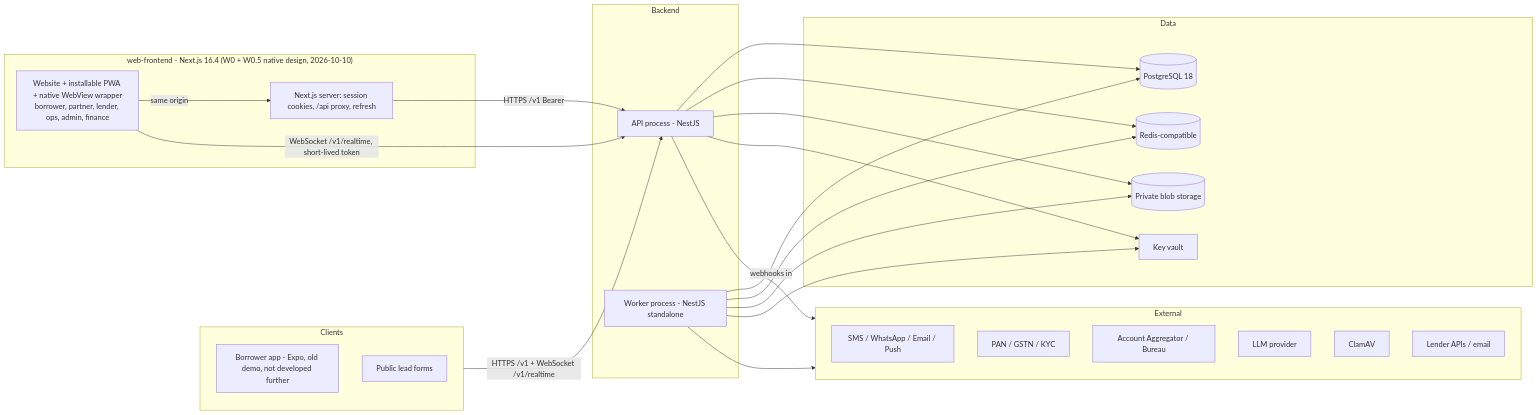
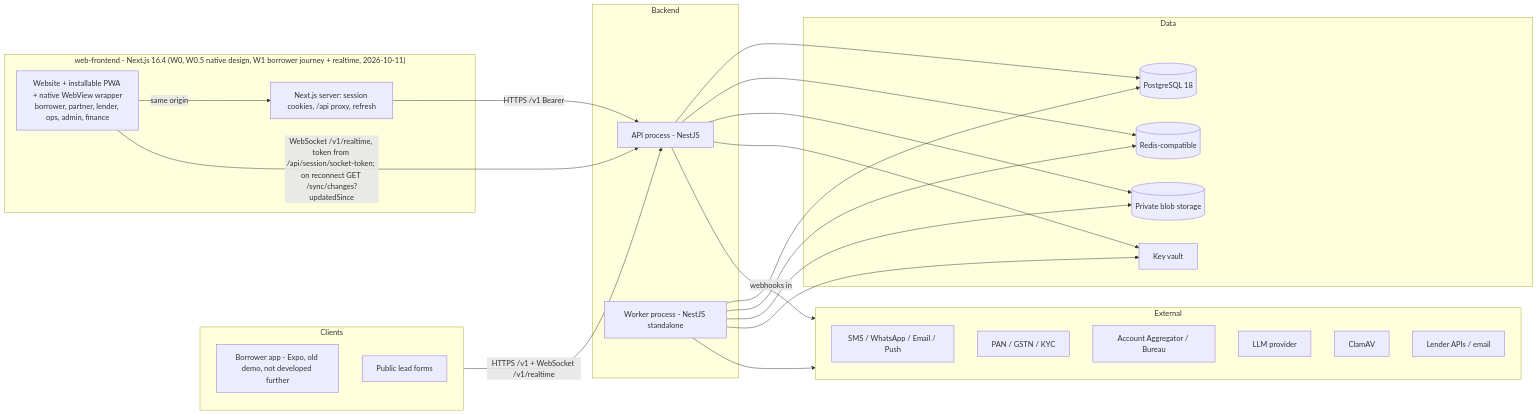
One commit to Shaikhfaruk/fundenflo changed the first of 16 diagrams in docs/ARCHITECTURE.md. Above: the diagram before and after it, drawn with Mermaid. The commit also changed 81 other files, not shown here.

````diff
--- a/docs/ARCHITECTURE.md
+++ b/docs/ARCHITECTURE.md
@@ -23,43 +23,43 @@
 ```mermaid
 flowchart LR
   subgraph Clients
     APP[Borrower app - Expo, old demo, not developed further]
     PUB[Public lead forms]
   end
-  subgraph Web["web-frontend - Next.js 16.4 (W0 + W0.5 native design, 2026-10-10)"]
+  subgraph Web["web-frontend - Next.js 16.4 (W0, W0.5 native design, W1 borrower journey + realtime, 2026-10-11)"]
     UI[Website + installable PWA + native WebView wrapper<br/>borrower, partner, lender, ops, admin, finance]
     BFF[Next.js server: session cookies, /api proxy, refresh]
   end
   UI -->|same origin| BFF
   BFF -->|HTTPS /v1 Bearer| API
-  UI -->|WebSocket /v1/realtime, short-lived token| API
+  UI -->|WebSocket /v1/realtime, token from /api/session/socket-token; on reconnect GET /sync/changes?updatedSince| API
   subgraph Backend
     API[API process - NestJS]
     WRK[Worker process - NestJS standalone]
   end
   subgraph Data
     PG[(PostgreSQL 18)]
     RD[(Redis-compatible)]
     BL[(Private blob storage)]
     KV[Key vault]
   end
   subgraph External
     SMS[SMS / WhatsApp / Email / Push]
     KYC[PAN / GSTN / KYC]
     AA[Account Aggregator / Bureau]
     LLM[LLM provider]
     AV[ClamAV]
     LND[Lender APIs / email]
   end
   Clients -->|HTTPS /v1 + WebSocket /v1/realtime| API
   API --> PG
   API --> RD
   API --> BL
   API --> KV
   WRK --> PG
   WRK --> RD
   WRK --> BL
   WRK --> KV
   WRK --> External
   API -->|webhooks in| External
 ```
````
